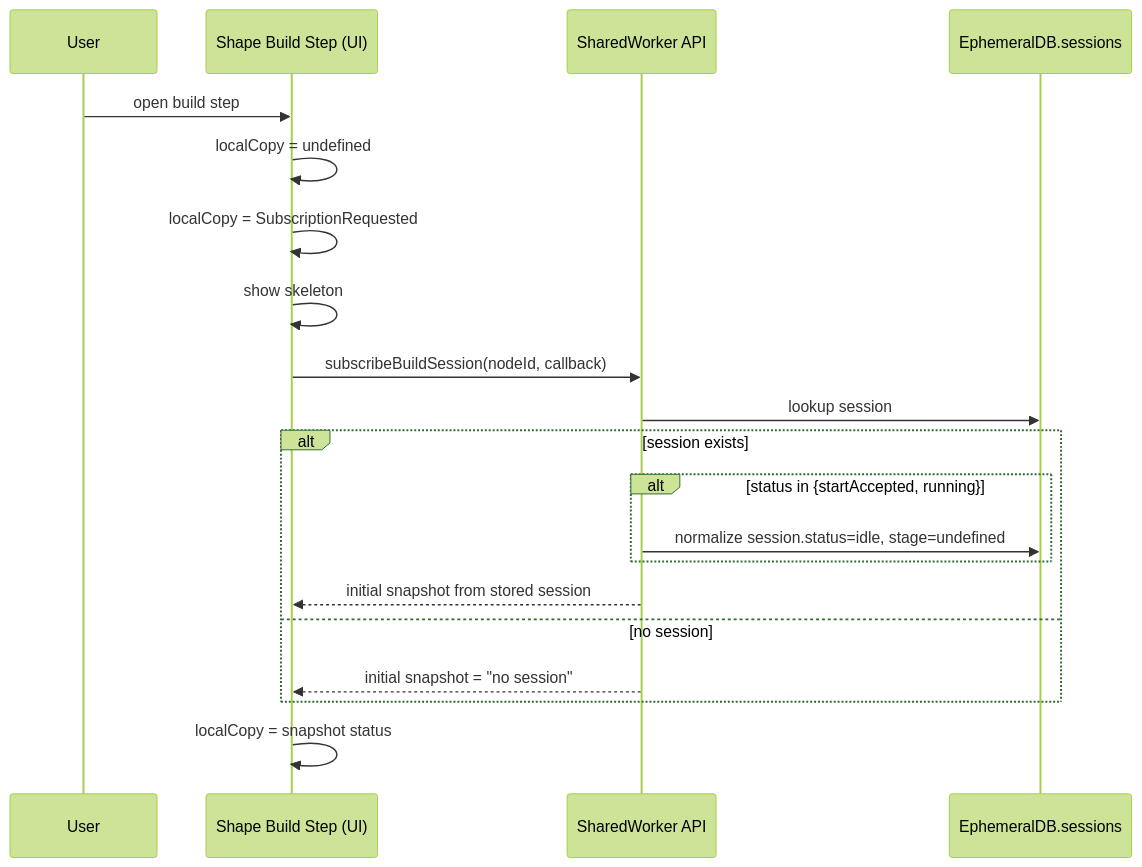
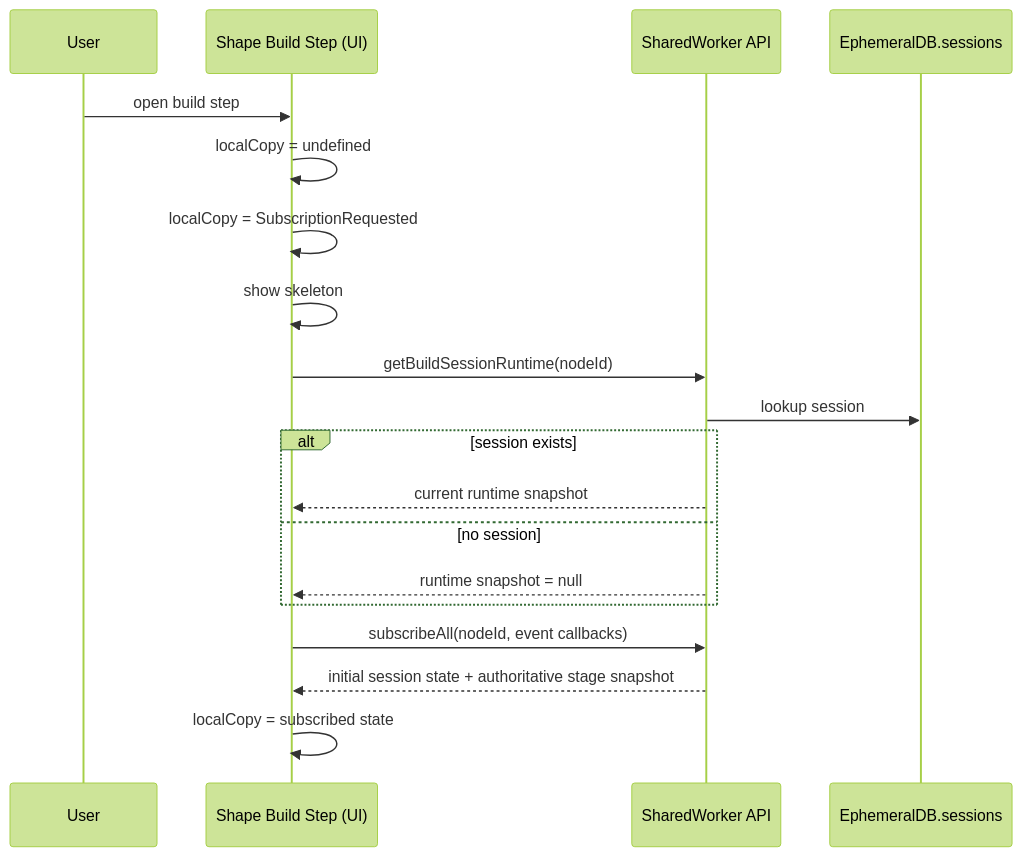
One commit to kubohiroya/hierarchidb changed the first of 3 diagrams in plugins/shape-plugin/docs/DIALOG_FLOW_AND_STATE_TRANSITIONS.md. Above: the diagram before and after it, drawn with Mermaid (forest theme). The commit also changed other lines of this file and 8 other files, not shown here.

````diff
--- a/plugins/shape-plugin/docs/DIALOG_FLOW_AND_STATE_TRANSITIONS.md
+++ b/plugins/shape-plugin/docs/DIALOG_FLOW_AND_STATE_TRANSITIONS.md
@@ -42,23 +42,22 @@
 ```mermaid
 sequenceDiagram
   participant U as User
   participant UI as Shape Build Step (UI)
   participant BO as SharedWorker API
   participant DB as EphemeralDB.sessions
 
   U->>UI: open build step
   UI->>UI: localCopy = undefined
   UI->>UI: localCopy = SubscriptionRequested
   UI->>UI: show skeleton
-  UI->>BO: subscribeBuildSession(nodeId, callback)
+  UI->>BO: getBuildSessionRuntime(nodeId)
   BO->>DB: lookup session
   alt session exists
-    alt status in {startAccepted, running}
-      BO->>DB: normalize session.status=idle, stage=undefined
-    end
-    BO-->>UI: initial snapshot from stored session
+    BO-->>UI: current runtime snapshot
   else no session
-    BO-->>UI: initial snapshot = "no session"
+    BO-->>UI: runtime snapshot = null
   end
-  UI->>UI: localCopy = snapshot status
+  UI->>BO: subscribeAll(nodeId, event callbacks)
+  BO-->>UI: initial session state + authoritative stage snapshot
+  UI->>UI: localCopy = subscribed state
 ```
````
